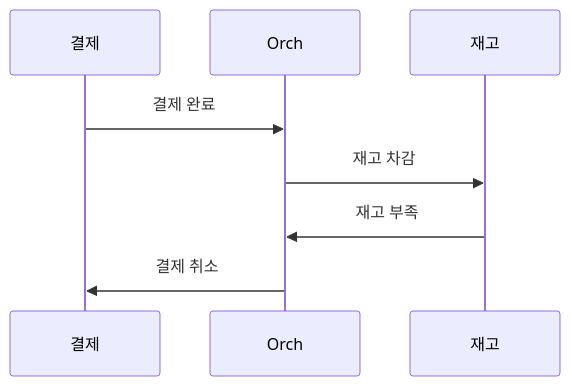
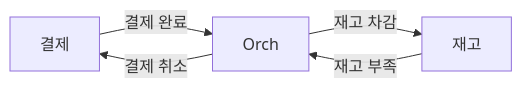
Before and after one commit to yjkim2015/yjkim2015.github.io: the seventh of 14 diagrams in _posts/architecture/2026-05-02-distributed-transaction-deep.md, drawn with Mermaid. The commit also changed other lines of this file and 84 other files, not shown here.

First line of the commit message:
85개 포스트 Mermaid 다이어그램 규칙 일괄 수정

````diff
--- a/_posts/architecture/2026-05-02-distributed-transaction-deep.md
+++ b/_posts/architecture/2026-05-02-distributed-transaction-deep.md
@@ -164,7 +167,7 @@
 ```mermaid
-sequenceDiagram
-    결제->>Orch: 결제 완료
-    Orch->>재고: 재고 차감
-    재고->>Orch: 재고 부족
-    Orch->>결제: 결제 취소
+graph LR
+    PY["결제"] -->|"결제 완료"| OC["Orch"]
+    OC -->|"재고 차감"| ST["재고"]
+    ST -->|"재고 부족"| OC
+    OC -->|"결제 취소"| PY
 ```
````
